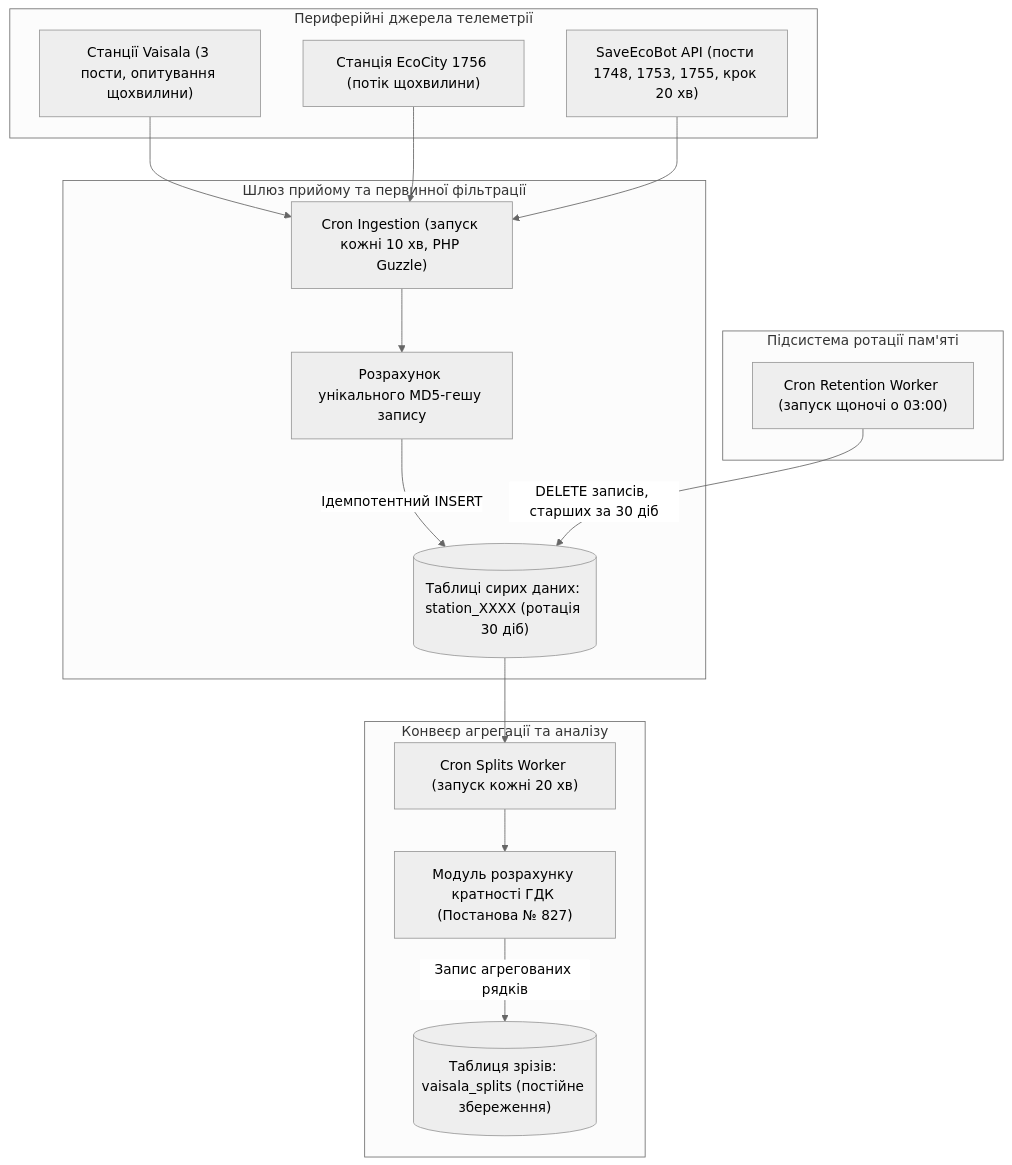
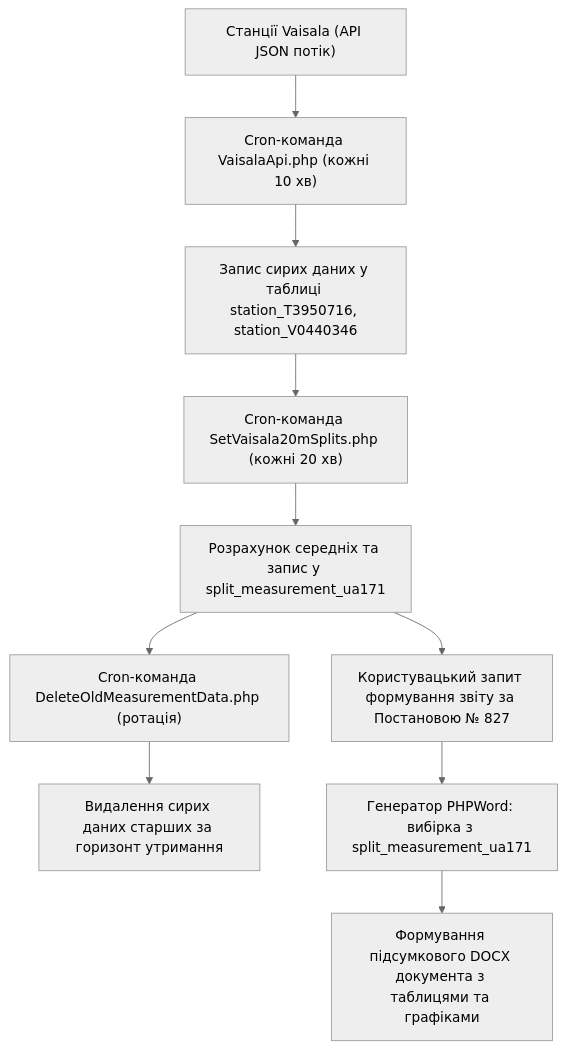
One commit to KyryloVadurin/eco-systems-analytics changed the fourth of 4 diagrams in docs/lk/lk3.md. Above: the diagram before and after it, drawn with Mermaid (neutral theme). The commit also changed other lines of this file and 9 other files, not shown here.

````diff
--- a/docs/lk/lk3.md
+++ b/docs/lk/lk3.md
@@ -403,34 +327,12 @@
 ```mermaid
 flowchart TD
-    subgraph Data_Sources [Периферійні джерела телеметрії]
-        VaisalaDev["Станції Vaisala (3 пости, опитування щохвилини)"]
-        EcoCityDirect["Станція EcoCity 1756 (потік щохвилини)"]
-        SaveEcoAPI["SaveEcoBot API (пости 1748, 1753, 1755, крок 20 хв)"]
-    end
-
-    subgraph Ingestion_Pipeline [Шлюз прийому та первинної фільтрації]
-        CronFetch["Cron Ingestion (запуск кожні 10 хв, PHP Guzzle)"]
-        HashValidator["Розрахунок унікального MD5-гешу запису"]
-        RawTables[("Таблиці сирих даних: station_XXXX (ротація 30 діб)")]
-    end
-
-    subgraph Analytical_Aggregation [Конвеєр агрегації та аналізу]
-        CronSplits["Cron Splits Worker (запуск кожні 20 хв)"]
-        MPCAnalyzer["Модуль розрахунку кратності ГДК (Постанова № 827)"]
-        SplitsTable[("Таблиця зрізів: vaisala_splits (постійне збереження)")]
-    end
-
-    subgraph Maintenance_and_Purge [Підсистема ротації пам'яті]
-        CronPurge["Cron Retention Worker (запуск щоночі о 03:00)"]
-    end
-
-    VaisalaDev --> CronFetch
-    EcoCityDirect --> CronFetch
-    SaveEcoAPI --> CronFetch
-    CronFetch --> HashValidator
-    HashValidator -->|Ідемпотентний INSERT| RawTables
-    RawTables --> CronSplits
-    CronSplits --> MPCAnalyzer
-    MPCAnalyzer -->|Запис агрегованих рядків| SplitsTable
-    CronPurge -->|DELETE записів, старших за 30 діб| RawTables
+    A["Станції Vaisala (API JSON потік)"] --> B["Cron-команда VaisalaApi.php (кожні 10 хв)"]
+    B --> C["Запис сирих даних у таблиці station_T3950716, station_V0440346"]
+    C --> D["Cron-команда SetVaisala20mSplits.php (кожні 20 хв)"]
+    D --> E["Розрахунок середніх та запис у split_measurement_ua171"]
+    E --> F["Cron-команда DeleteOldMeasurementData.php (ротація)"]
+    F --> G["Видалення сирих даних старших за горизонт утримання"]
+    E --> H["Користувацький запит формування звіту за Постановою № 827"]
+    H --> I["Генератор PHPWord: вибірка з split_measurement_ua171"]
+    I --> J["Формування підсумкового DOCX документа з таблицями та графіками"]
 ```
````
